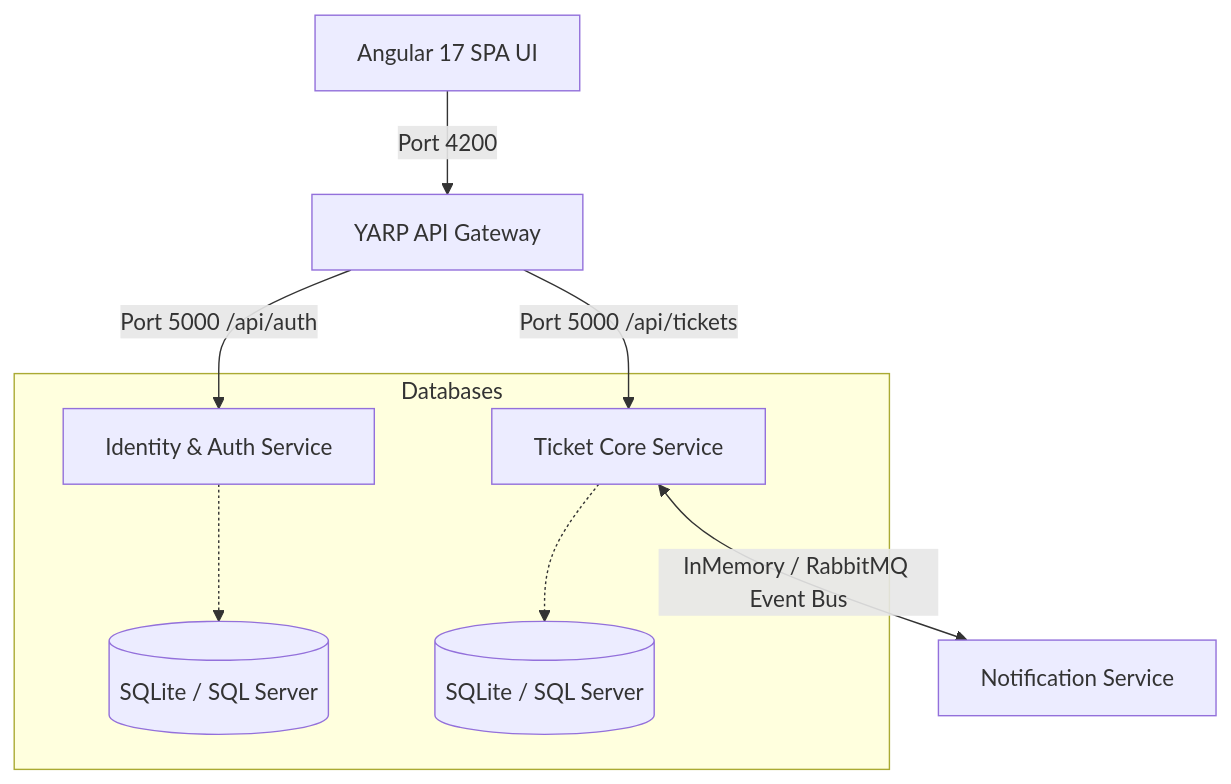
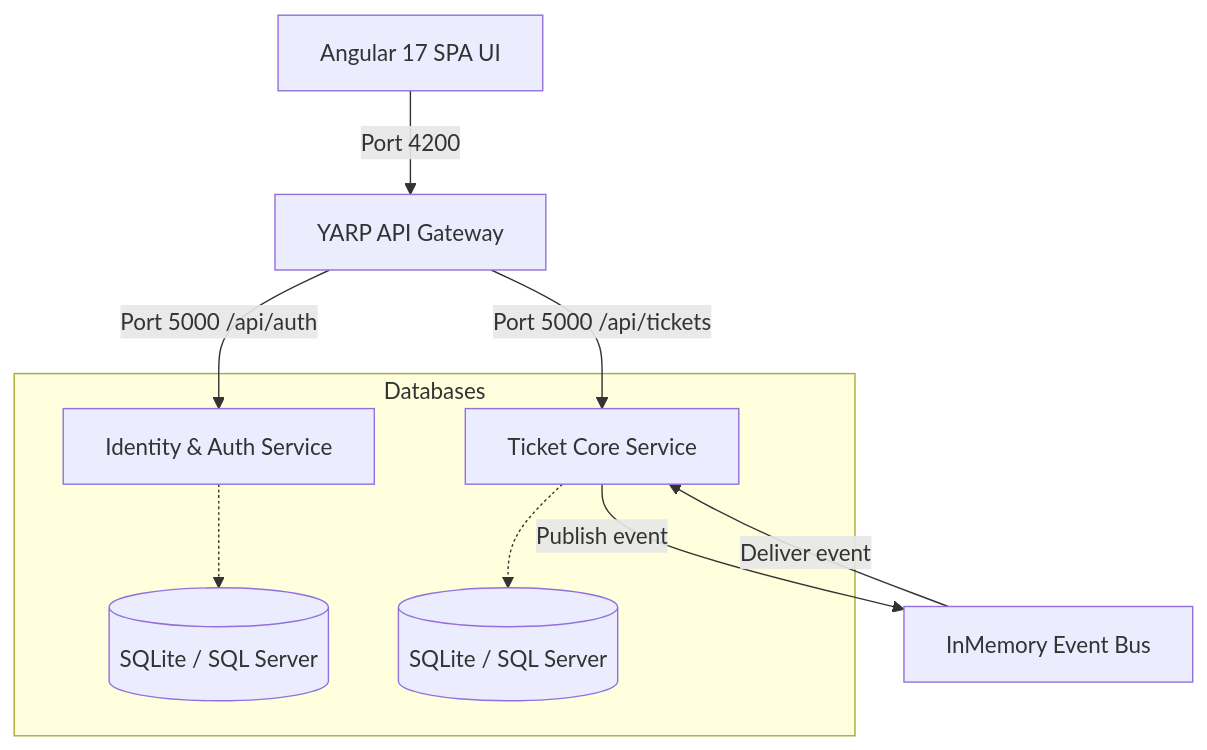
The diagram in README.md (geekpratyush/ResolveDesk), drawn with Mermaid before and after one commit. The commit also changed other lines of this file and 16 other files, not shown here.

````diff
--- a/README.md
+++ b/README.md
@@ -11,13 +11,14 @@
 ```mermaid
 graph TD
     UI[Angular 17 SPA UI] -->|Port 4200| GW[YARP API Gateway]
     GW -->|Port 5000 /api/auth| ID[Identity & Auth Service]
     GW -->|Port 5000 /api/tickets| TC[Ticket Core Service]
     
-    TC <-->|InMemory / RabbitMQ Event Bus| NS[Notification Service]
+    TC -->|Publish event| EB[InMemory Event Bus]
+    EB -->|Deliver event| TC
     
     subgraph Databases
         ID -.-> ID_DB[(SQLite / SQL Server)]
         TC -.-> TC_DB[(SQLite / SQL Server)]
     end
 ```
````
